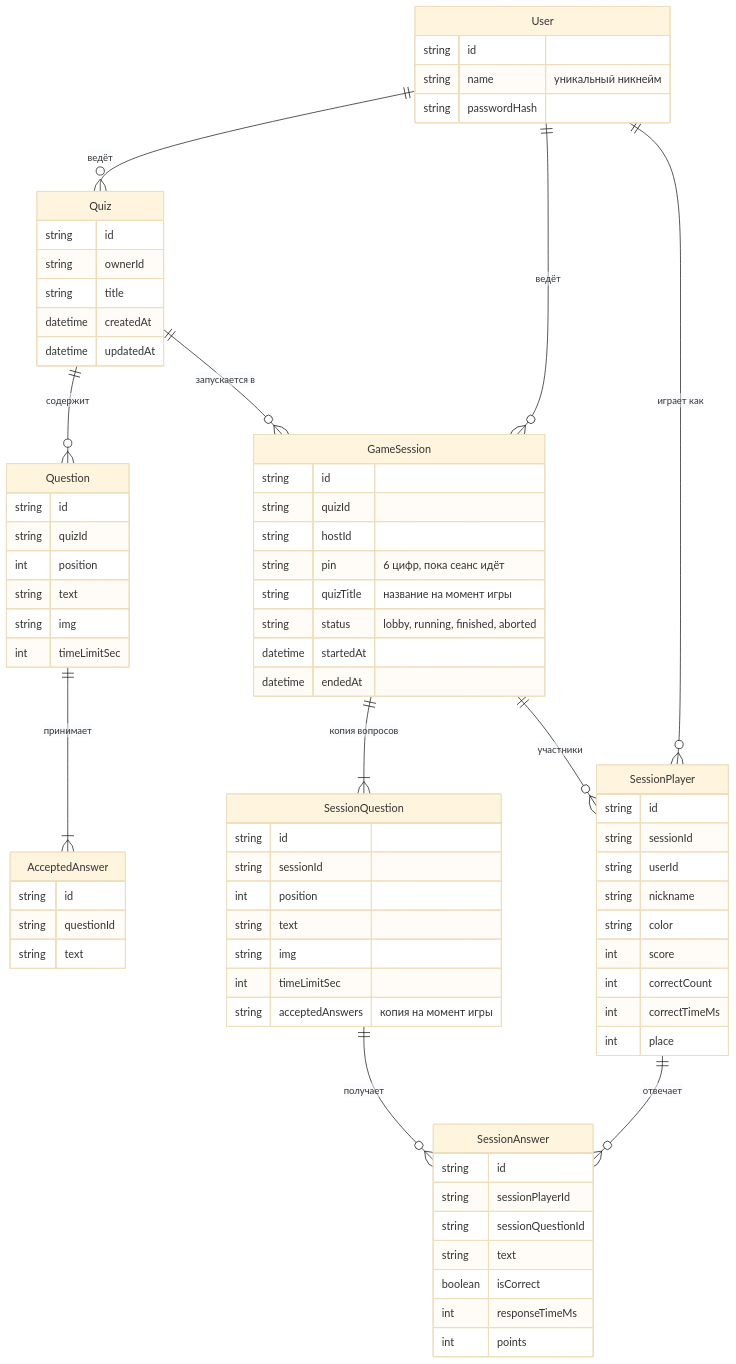
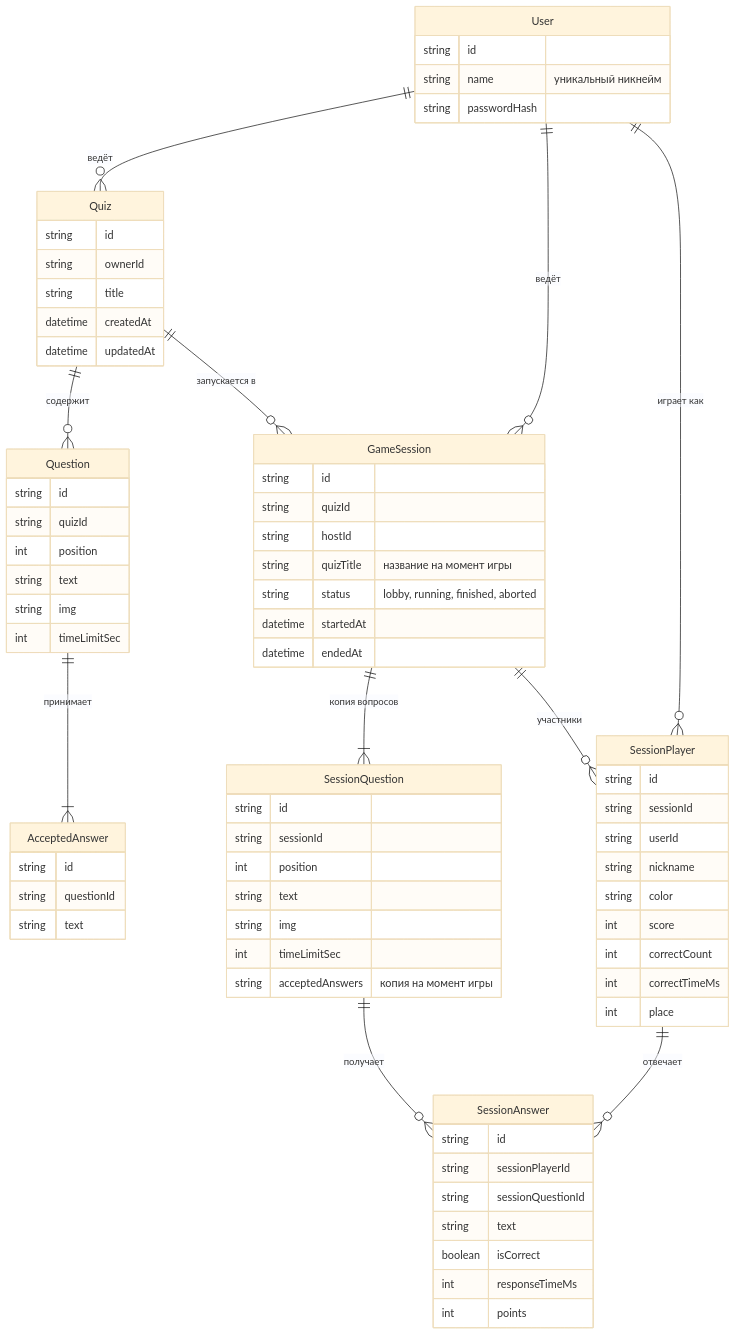
One commit to m5production/clone-kahoot-docs changed the first of 2 diagrams in docs/09-target-requirements.md. Above: the diagram before and after it, drawn with Mermaid (base theme). The commit also changed other lines of this file and 6 other files, not shown here.

````diff
--- a/docs/09-target-requirements.md
+++ b/docs/09-target-requirements.md
@@ -238,78 +270,77 @@
 ```mermaid
 erDiagram
     User ||--o{ Quiz : "ведёт"
     Quiz ||--o{ Question : "содержит"
     Question ||--|{ AcceptedAnswer : "принимает"
     User ||--o{ GameSession : "ведёт"
     Quiz ||--o{ GameSession : "запускается в"
     GameSession ||--|{ SessionQuestion : "копия вопросов"
     GameSession ||--o{ SessionPlayer : "участники"
     User ||--o{ SessionPlayer : "играет как"
     SessionPlayer ||--o{ SessionAnswer : "отвечает"
     SessionQuestion ||--o{ SessionAnswer : "получает"
 
     User {
         string id
         string name "уникальный никнейм"
         string passwordHash
     }
     Quiz {
         string id
         string ownerId
         string title
         datetime createdAt
         datetime updatedAt
     }
     Question {
         string id
         string quizId
         int position
         string text
         string img
         int timeLimitSec
     }
     AcceptedAnswer {
         string id
         string questionId
         string text
     }
     GameSession {
         string id
         string quizId
         string hostId
-        string pin "6 цифр, пока сеанс идёт"
         string quizTitle "название на момент игры"
         string status "lobby, running, finished, aborted"
         datetime startedAt
         datetime endedAt
     }
     SessionQuestion {
         string id
         string sessionId
         int position
         string text
         string img
         int timeLimitSec
         string acceptedAnswers "копия на момент игры"
     }
     SessionPlayer {
         string id
         string sessionId
         string userId
         string nickname
         string color
         int score
         int correctCount
         int correctTimeMs
         int place
     }
     SessionAnswer {
         string id
         string sessionPlayerId
         string sessionQuestionId
         string text
         boolean isCorrect
         int responseTimeMs
         int points
     }
 ```
````
